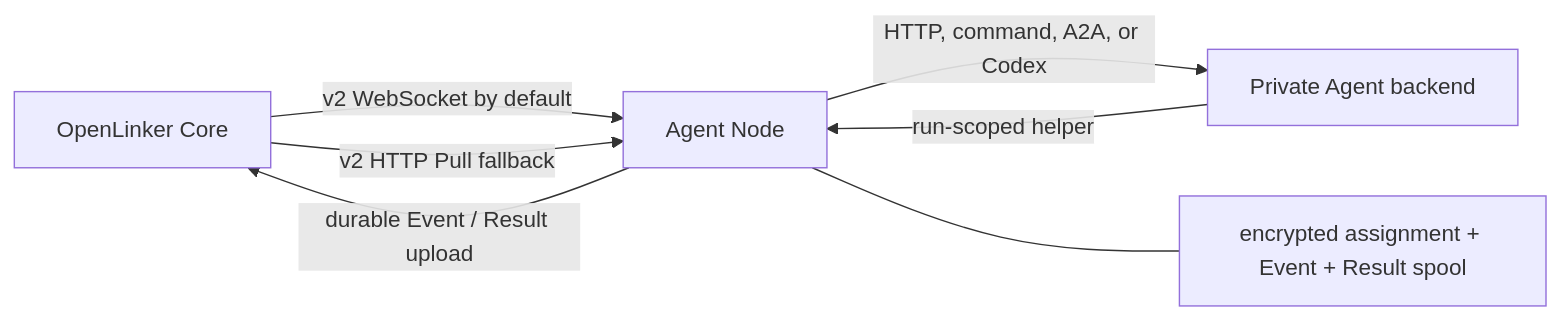
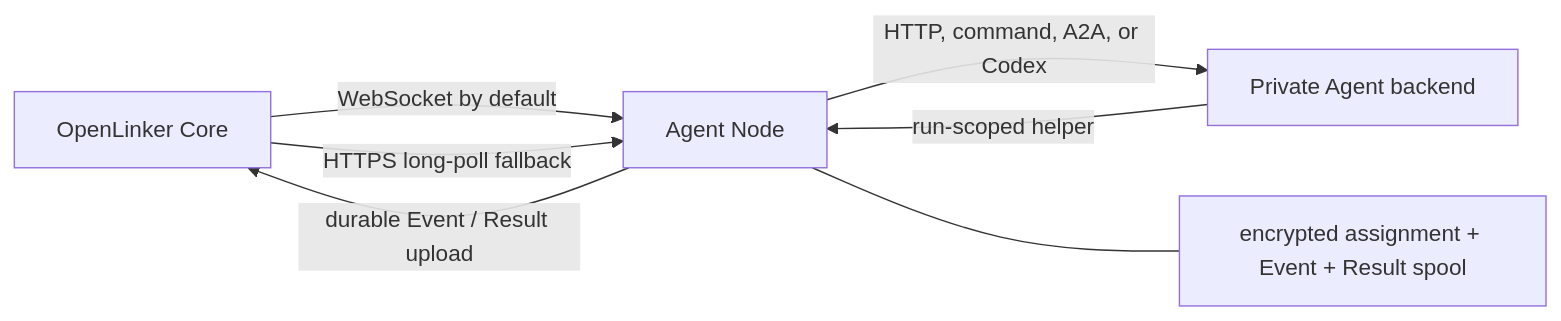
Before and after one commit to OpenLinker-ai/openlinker-agent-node: the diagram in README.md, drawn with Mermaid. The commit also changed other lines of this file and 28 other files, not shown here.

````diff
--- a/README.md
+++ b/README.md
@@ -48,9 +48,9 @@
 ```mermaid
 flowchart LR
-  Core["OpenLinker Core"] -->|"v2 WebSocket by default"| Node["Agent Node"]
-  Core -->|"v2 HTTP Pull fallback"| Node
+  Core["OpenLinker Core"] -->|"WebSocket by default"| Node["Agent Node"]
+  Core -->|"HTTPS long-poll fallback"| Node
   Node -->|"HTTP, command, A2A, or Codex"| Backend["Private Agent backend"]
   Backend -->|"run-scoped helper"| Node
   Node -->|"durable Event / Result upload"| Core
   Node --- Store["encrypted assignment + Event + Result spool"]
 ```
````
